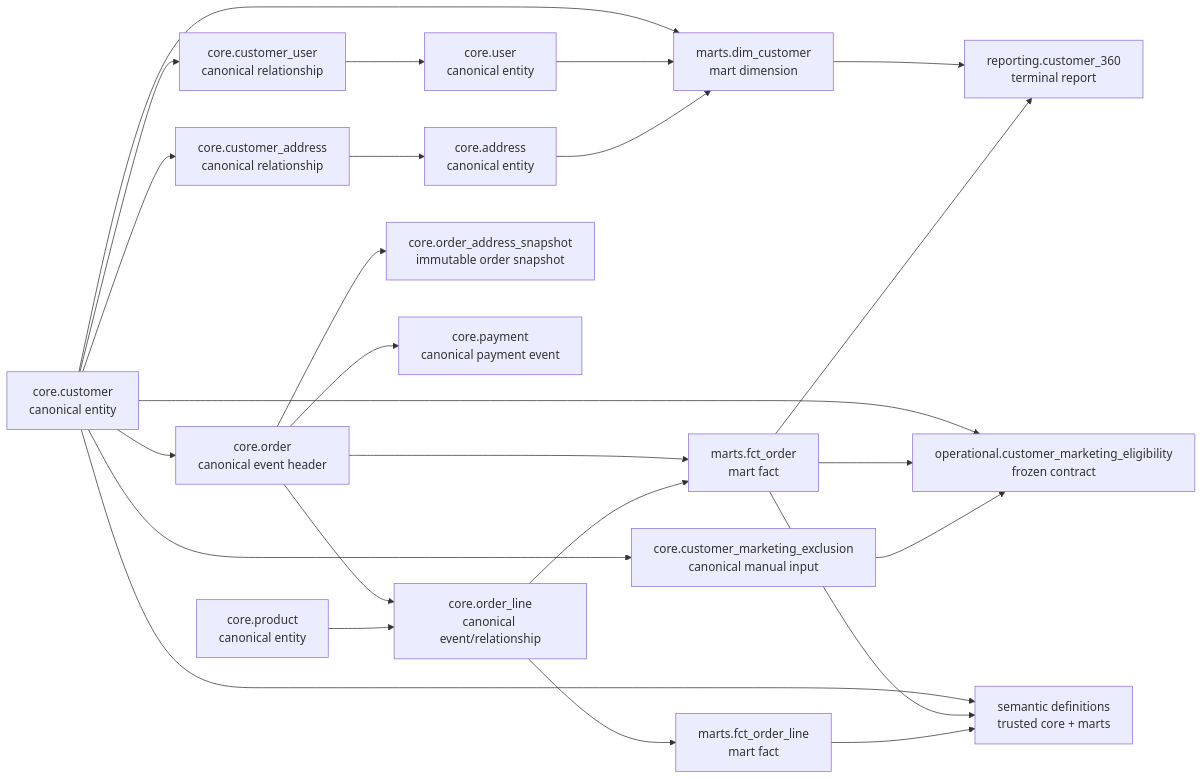
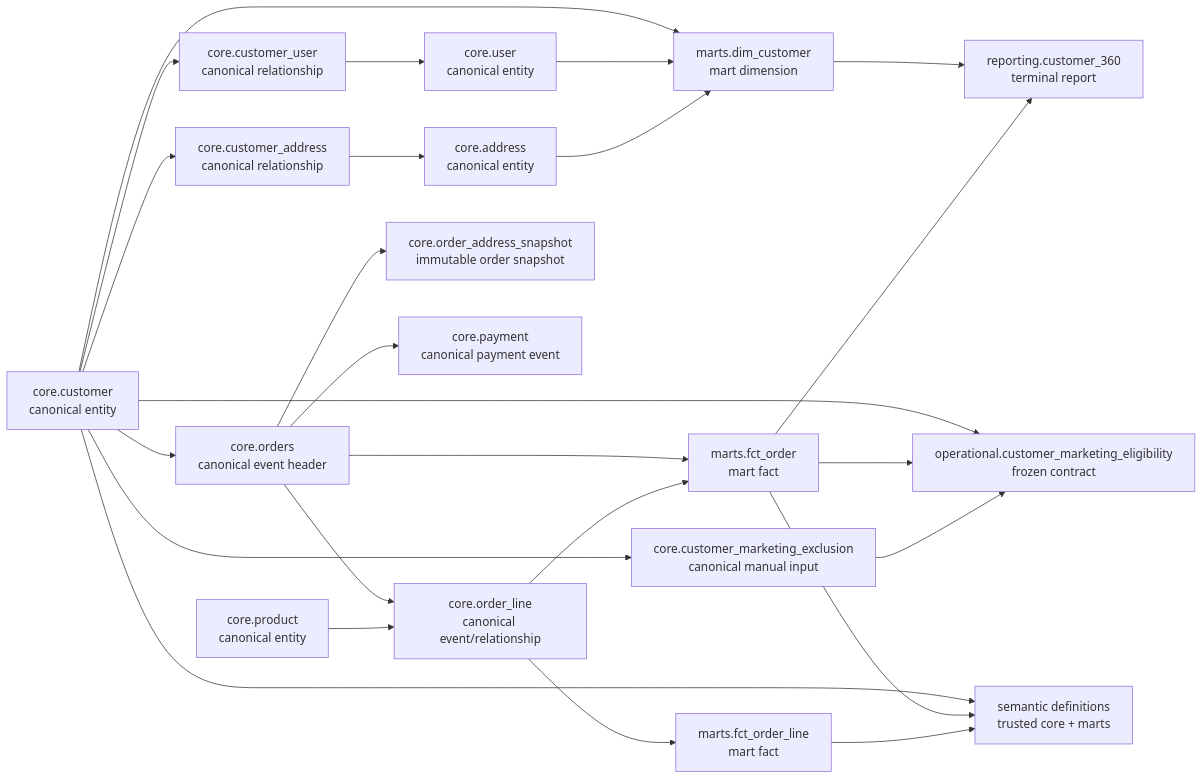
Before and after one commit to Nivoda/data-dbt-jaffle-shop: the second of 2 diagrams in docs/architecture.md, drawn with Mermaid. The commit also changed other lines of this file and 21 other files, not shown here.

First line of the commit message:
fix: make architecture runnable, close semantic and metadata gaps

````diff
--- a/docs/architecture.md
+++ b/docs/architecture.md
@@ -359,43 +375,43 @@
 ```mermaid
 flowchart LR
   customer["core.customer<br/>canonical entity"]
   product["core.product<br/>canonical entity"]
-  order["core.order<br/>canonical event header"]
+  order["core.orders<br/>canonical event header"]
   line["core.order_line<br/>canonical event/relationship"]
   user["core.user<br/>canonical entity"]
   customer_user["core.customer_user<br/>canonical relationship"]
   address["core.address<br/>canonical entity"]
   customer_address["core.customer_address<br/>canonical relationship"]
   order_address["core.order_address_snapshot<br/>immutable order snapshot"]
   payment["core.payment<br/>canonical payment event"]
   exclusion["core.customer_marketing_exclusion<br/>canonical manual input"]
   dim_customer["marts.dim_customer<br/>mart dimension"]
   order_fact["marts.fct_order<br/>mart fact"]
   line_fact["marts.fct_order_line<br/>mart fact"]
   c360["reporting.customer_360<br/>terminal report"]
   elig["operational.customer_marketing_eligibility<br/>frozen contract"]
   semantic["semantic definitions<br/>trusted core + marts"]
 
   customer --> order
   customer --> customer_user --> user
   customer --> customer_address --> address
   customer --> exclusion
   order --> order_address
   order --> line
   product --> line
   order --> payment
   order --> order_fact
   line --> order_fact
   line --> line_fact
   customer --> dim_customer
   user --> dim_customer
   address --> dim_customer
   dim_customer --> c360
   order_fact --> c360
   customer --> elig
   order_fact --> elig
   exclusion --> elig
   customer --> semantic
   order_fact --> semantic
   line_fact --> semantic
 ```
````
